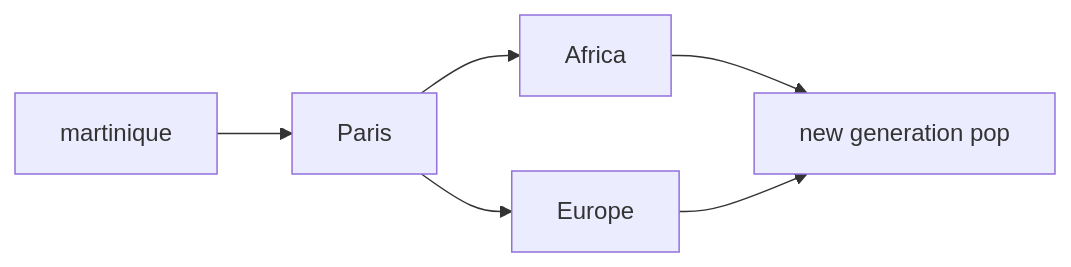
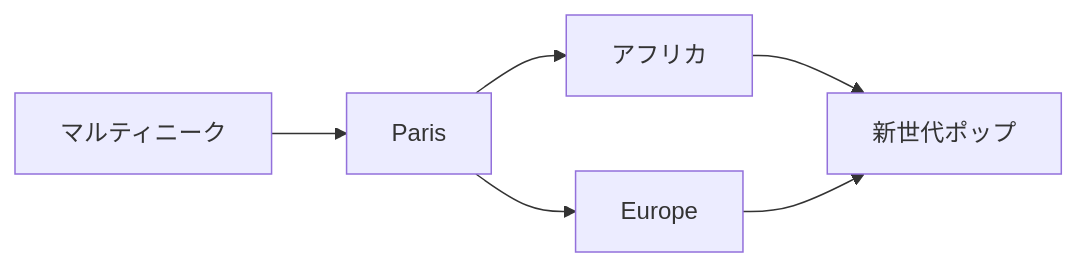
One commit to monumental-movement/monumental-movement.github.io changed the ninth of 11 diagrams in en/_posts/2026-05-16-column-martinique.md. Above: the diagram before and after it, drawn with Mermaid. The commit also changed other lines of this file and 2196 other files, not shown here.

```diff
--- a/en/_posts/2026-05-16-column-martinique.md
+++ b/en/_posts/2026-05-16-column-martinique.md
@@ -370,8 +370,8 @@
 <div class="mermaid">
 flowchart LR
-A[martinique] --> B[Paris]
+A[マルティニーク] --> B[Paris]
 B --> C[Europe]
-B --> D[Africa]
-D --> E[new generation pop]
+B --> D[アフリカ]
+D --> E[新世代ポップ]
 C --> E
 </div>
```
